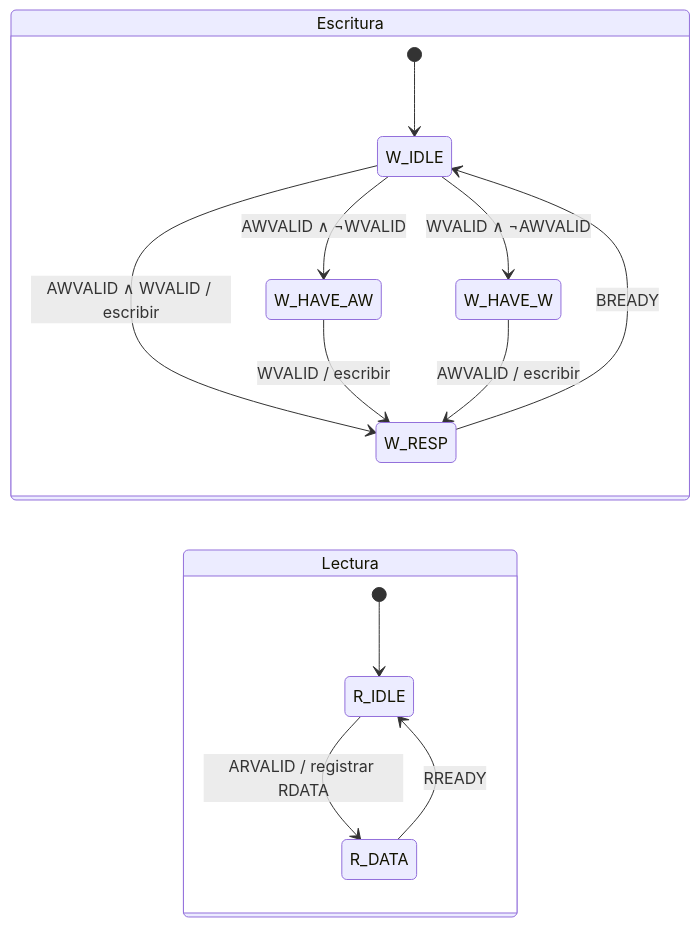
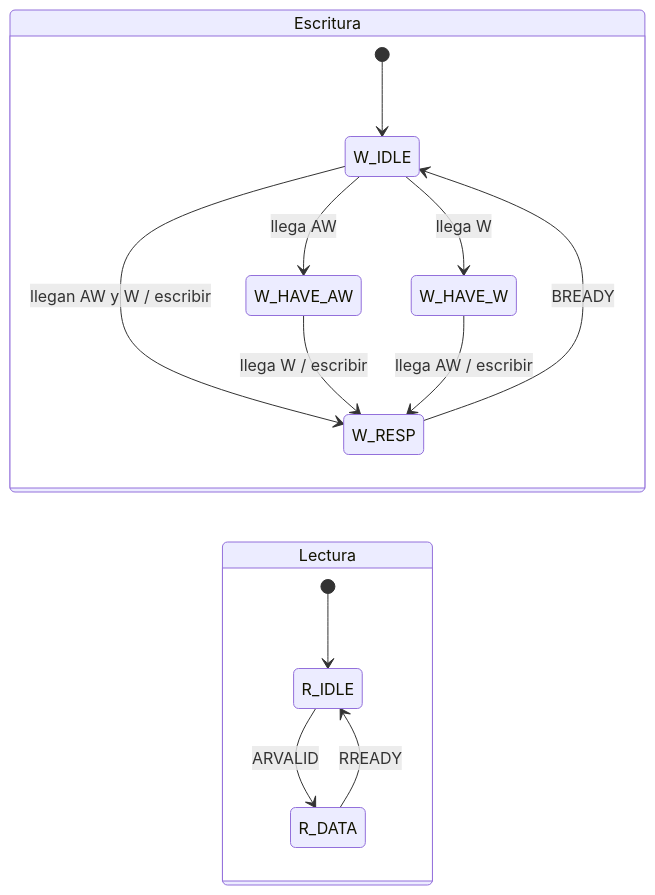
Before and after one commit to IE-TDD-EL3313/Proyecto_4: the second of 3 diagrams in docs/diseno/planteamiento.md, drawn with Mermaid. The commit also changed other lines of this file, not shown here.

````diff
--- a/docs/diseno/planteamiento.md
+++ b/docs/diseno/planteamiento.md
@@ -225,18 +193,18 @@
 ```mermaid
 stateDiagram-v2
     direction LR
     state "Escritura" as W {
         [*] --> W_IDLE
-        W_IDLE --> W_HAVE_AW: AWVALID ∧ ¬WVALID
-        W_IDLE --> W_HAVE_W: WVALID ∧ ¬AWVALID
-        W_IDLE --> W_RESP: AWVALID ∧ WVALID / escribir
-        W_HAVE_AW --> W_RESP: WVALID / escribir
-        W_HAVE_W --> W_RESP: AWVALID / escribir
+        W_IDLE --> W_HAVE_AW: llega AW
+        W_IDLE --> W_HAVE_W: llega W
+        W_IDLE --> W_RESP: llegan AW y W / escribir
+        W_HAVE_AW --> W_RESP: llega W / escribir
+        W_HAVE_W --> W_RESP: llega AW / escribir
         W_RESP --> W_IDLE: BREADY
     }
     state "Lectura" as R {
         [*] --> R_IDLE
-        R_IDLE --> R_DATA: ARVALID / registrar RDATA
+        R_IDLE --> R_DATA: ARVALID
         R_DATA --> R_IDLE: RREADY
     }
 ```
````
